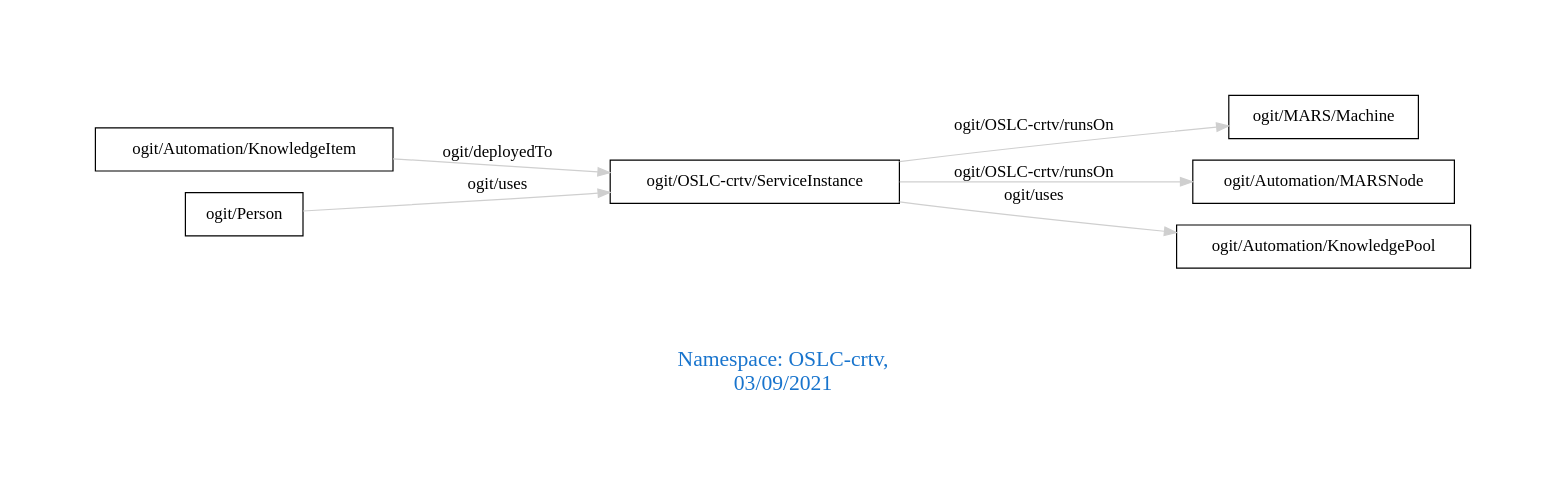
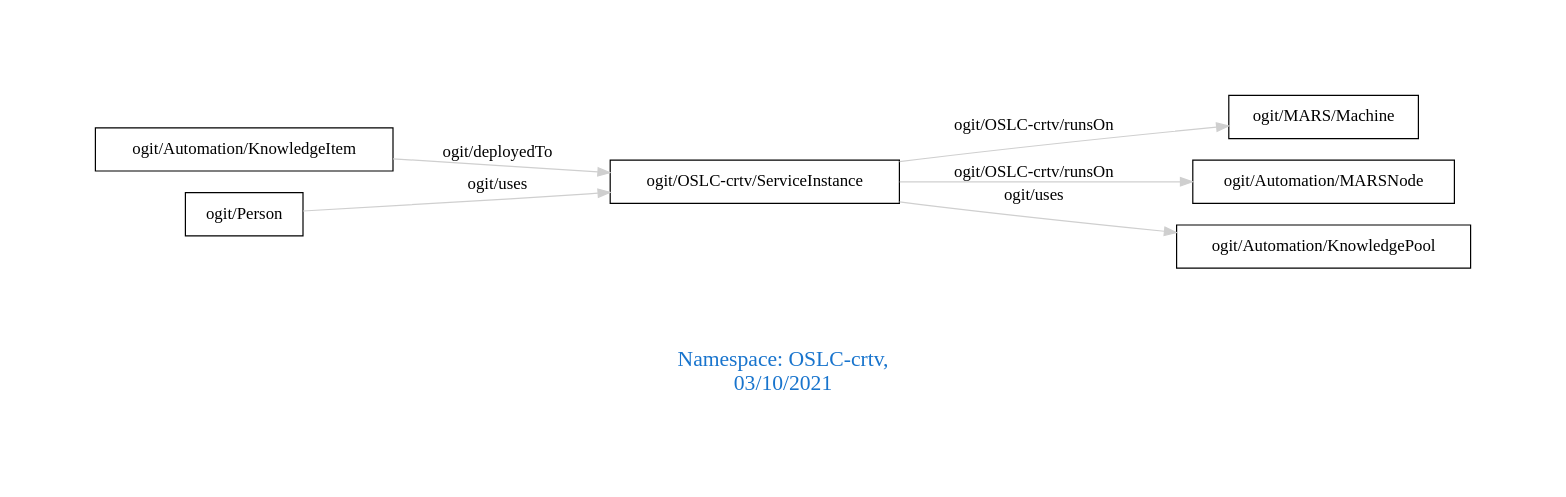
Before and after one commit to arago/OGIT: the diagram in downloads/OSLC-crtv.dot, drawn with Graphviz. The commit also changed 1850 other files, not shown here.

```diff
--- a/downloads/OSLC-crtv.dot
+++ b/downloads/OSLC-crtv.dot
@@ -1,13 +1,13 @@
 digraph OGIT_ontology {
  graph [ rankdir= LR,pad=1 
 fontsize = 18,
-fontcolor= dodgerblue3,label = "\n\n\nNamespace: OSLC-crtv, \n 03/09/2021"];
+fontcolor= dodgerblue3,label = "\n\n\nNamespace: OSLC-crtv, \n 03/10/2021"];
 node[shape=polygon];
 edge [  color="gray81"];
 
    "ogit/Automation/KnowledgeItem" -> "ogit/OSLC-crtv/ServiceInstance" [label="   ogit/deployedTo    "];
    "ogit/OSLC-crtv/ServiceInstance" -> "ogit/MARS/Machine" [label="   ogit/OSLC-crtv/runsOn    "];
    "ogit/OSLC-crtv/ServiceInstance" -> "ogit/Automation/MARSNode" [label="   ogit/OSLC-crtv/runsOn    "];
    "ogit/OSLC-crtv/ServiceInstance" -> "ogit/Automation/KnowledgePool" [label="   ogit/uses    "];
    "ogit/Person" -> "ogit/OSLC-crtv/ServiceInstance" [label="   ogit/uses    "];
 }
```
